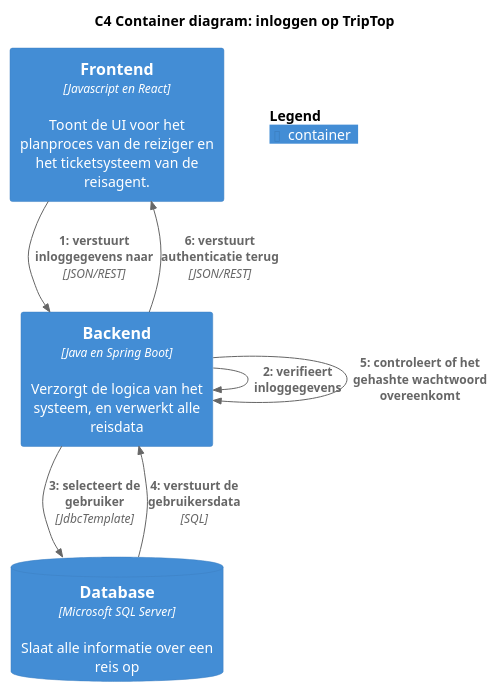
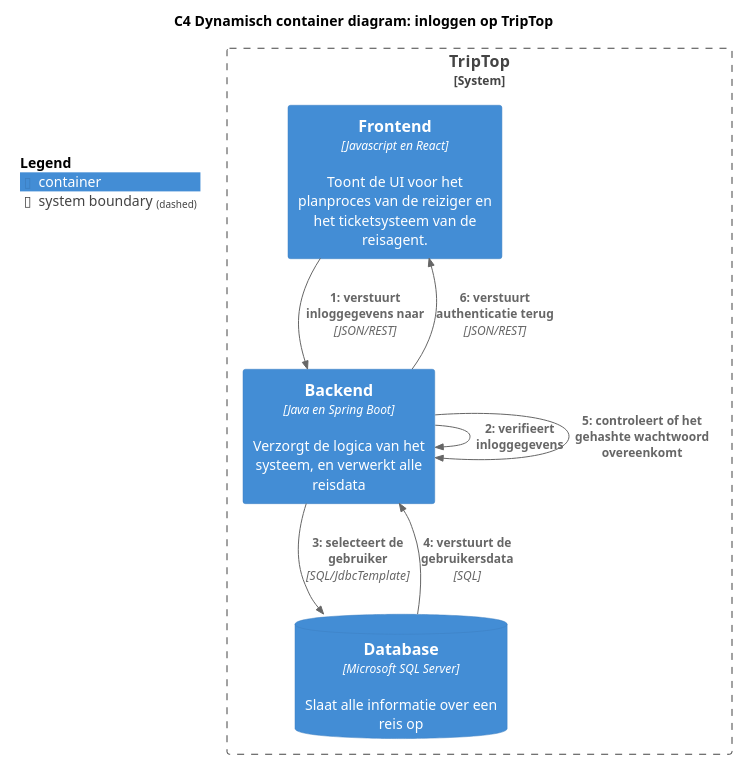
The diagram in software-guidebook/sgb-bestanden/dynamisch-container-diagram-inloggen.puml (AIM-ENE-feb25/triptop-groep-4-jochem-roald-stijn-a), drawn with PlantUML before and after one commit. The commit also changed 10 other files, not shown here.

```diff
--- a/software-guidebook/sgb-bestanden/dynamisch-container-diagram-inloggen.puml
+++ b/software-guidebook/sgb-bestanden/dynamisch-container-diagram-inloggen.puml
@@ -1,24 +1,26 @@
 @startuml
-title C4 Container diagram: inloggen op TripTop
+title C4 Dynamisch container diagram: inloggen op TripTop
 !include <C4/C4_Container.puml>
 
 top to bottom direction
 
 SHOW_PERSON_OUTLINE()
 
-Container(frontend, "Frontend", "Javascript en React", "Toont de UI voor het planproces van de reiziger en het ticketsysteem van de reisagent.")
-Container(backend, "Backend", "Java en Spring Boot", "Verzorgt de logica van het systeem, en verwerkt alle reisdata")
-ContainerDb(db, "Database", "Microsoft SQL Server", "Slaat alle informatie over een reis op")
+System_Boundary(system, "TripTop") {
+    Container(frontend, "Frontend", "Javascript en React", "Toont de UI voor het planproces van de reiziger en het ticketsysteem van de reisagent.")
+    Container(backend, "Backend", "Java en Spring Boot", "Verzorgt de logica van het systeem, en verwerkt alle reisdata")
+    ContainerDb(db, "Database", "Microsoft SQL Server", "Slaat alle informatie over een reis op")
+}
 
 Rel(frontend, backend, "1: verstuurt inloggegevens naar", "JSON/REST")
 
 Rel(backend, backend, "2: verifieert inloggegevens")
 
-Rel(backend, db, "3: selecteert de gebruiker", "JdbcTemplate")
+Rel(backend, db, "3: selecteert de gebruiker", "SQL/JdbcTemplate")
 Rel(db, backend, "4: verstuurt de gebruikersdata", "SQL")
 Rel(backend, backend, "5: controleert of het gehashte wachtwoord overeenkomt")
 Rel(backend, frontend, "6: verstuurt authenticatie terug", "JSON/REST")
 
 SHOW_FLOATING_LEGEND()
 
 @enduml
```
